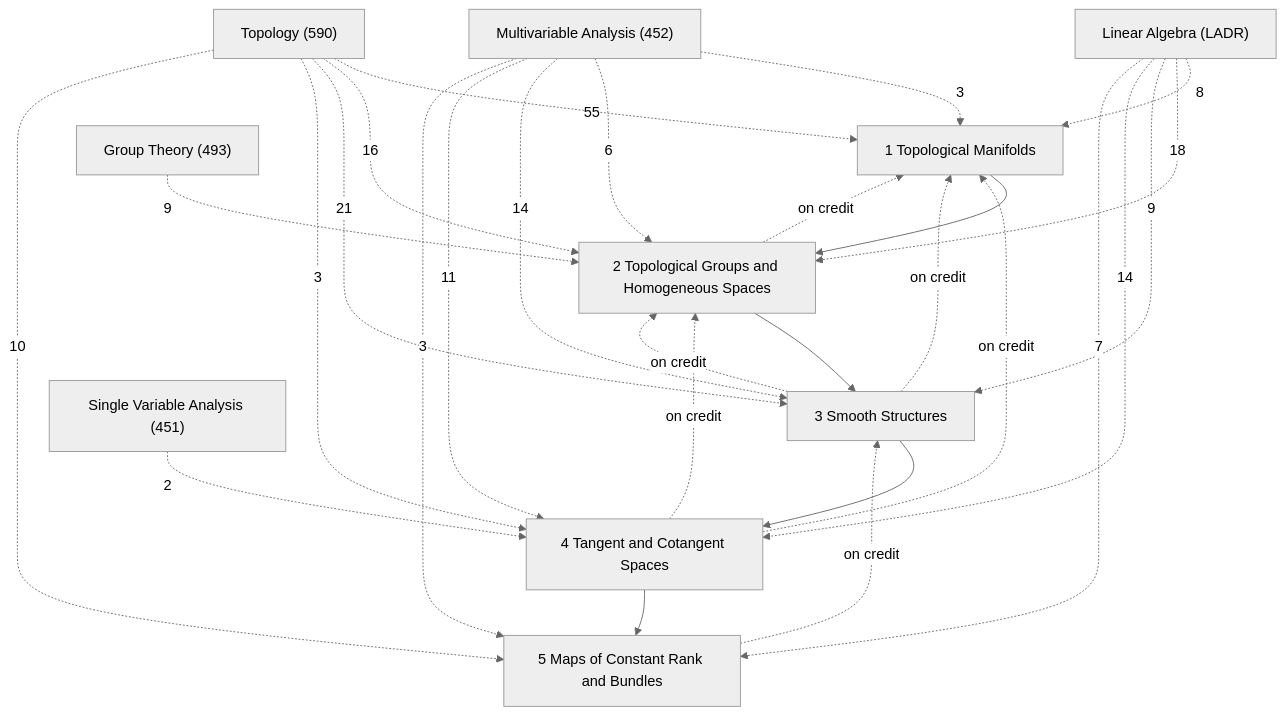
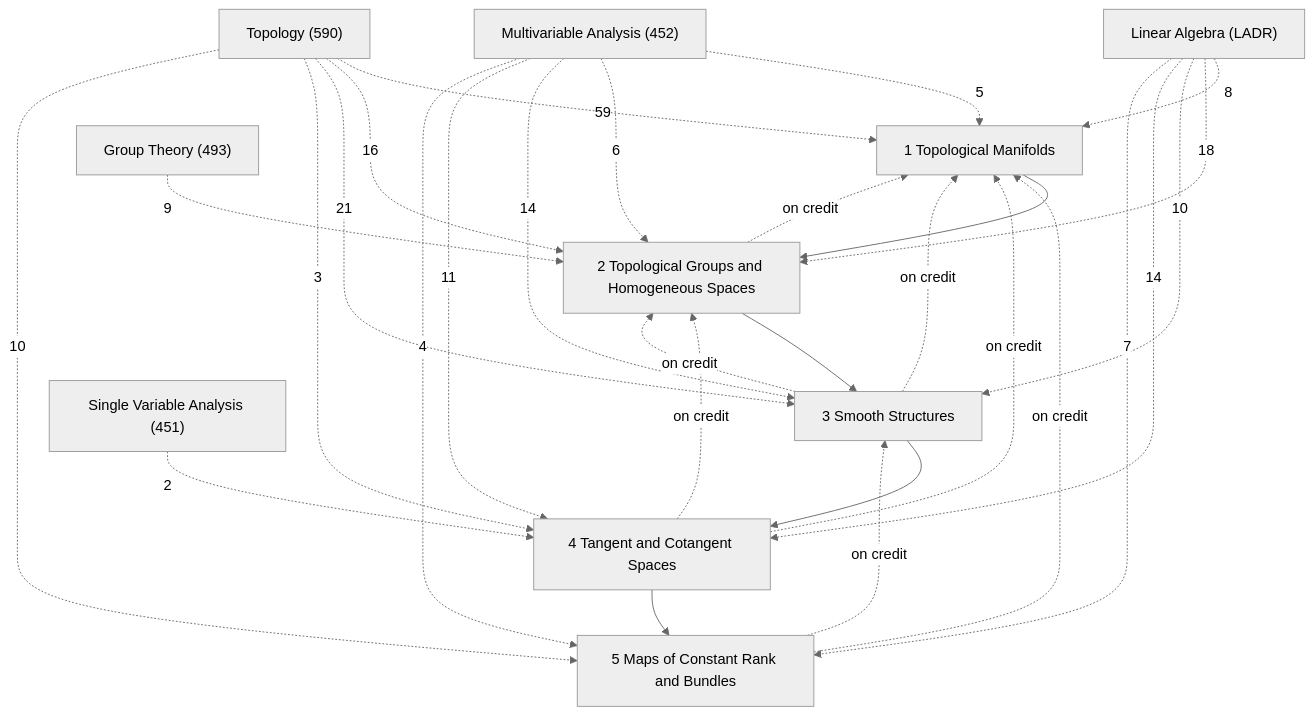
Before and after one commit to Onion20040508/notes: the diagram in Math/Differentiable Manifolds/Differentiable Manifolds.md, drawn with Mermaid (neutral theme). The commit also changed other lines of this file and 188 other files, not shown here.

````diff
--- a/Math/Differentiable Manifolds/Differentiable Manifolds.md
+++ b/Math/Differentiable Manifolds/Differentiable Manifolds.md
@@ -27,40 +27,41 @@
 ```mermaid
 graph TD
   C1["1 Topological Manifolds"]
   C2["2 Topological Groups and Homogeneous Spaces"]
   C3["3 Smooth Structures"]
   C4["4 Tangent and Cotangent Spaces"]
   C5["5 Maps of Constant Rank and Bundles"]
   X1["Topology (590)"]
   X2["Multivariable Analysis (452)"]
   X3["Linear Algebra (LADR)"]
   X4["Group Theory (493)"]
   X5["Single Variable Analysis (451)"]
   C1 --> C2
   C2 --> C3
   C3 --> C4
   C4 --> C5
   C2 -.->|on credit| C1
   C3 -.->|on credit| C1
   C3 -.->|on credit| C2
   C4 -.->|on credit| C1
   C4 -.->|on credit| C2
+  C5 -.->|on credit| C1
   C5 -.->|on credit| C3
   X4 -.->|9| C2
   X3 -.->|8| C1
   X3 -.->|18| C2
-  X3 -.->|9| C3
+  X3 -.->|10| C3
   X3 -.->|14| C4
   X3 -.->|7| C5
-  X2 -.->|3| C1
+  X2 -.->|5| C1
   X2 -.->|6| C2
   X2 -.->|14| C3
   X2 -.->|11| C4
-  X2 -.->|3| C5
+  X2 -.->|4| C5
   X5 -.->|2| C4
-  X1 -.->|55| C1
+  X1 -.->|59| C1
   X1 -.->|16| C2
   X1 -.->|21| C3
   X1 -.->|3| C4
   X1 -.->|10| C5
 ```
````
